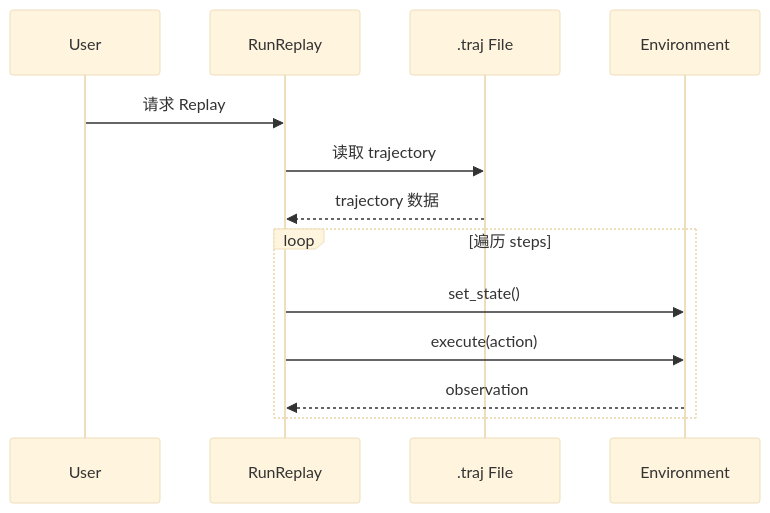
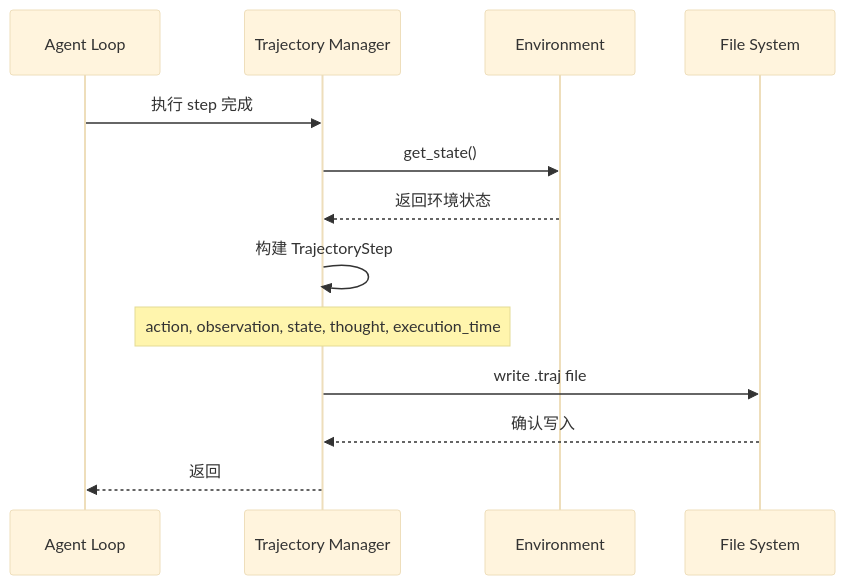
Before and after one commit to giraffe-tree/agent-base: the fourth of 7 diagrams in docs/swe-agent/questions/swe-agent-checkpoint-implementation.md, drawn with Mermaid (base theme). The commit also changed other lines of this file and 155 other files, not shown here.

````diff
--- a/docs/swe-agent/questions/swe-agent-checkpoint-implementation.md
+++ b/docs/swe-agent/questions/swe-agent-checkpoint-implementation.md
@@ -214,17 +226,16 @@
 ```mermaid
 sequenceDiagram
-    participant U as User
-    participant R as RunReplay
-    participant F as .traj File
-    participant E as Environment
+    participant A as Agent Loop
+    participant B as Trajectory Manager
+    participant C as Environment
+    participant D as File System
 
-    U->>R: 请求 Replay
-    R->>F: 读取 trajectory
-    F-->>R: trajectory 数据
-
-    loop 遍历 steps
-        R->>E: set_state()
-        R->>E: execute(action)
-        E-->>R: observation
-    end
+    A->>B: 执行 step 完成
+    B->>C: get_state()
+    C-->>B: 返回环境状态
+    B->>B: 构建 TrajectoryStep
+    Note over B: action, observation, state, thought, execution_time
+    B->>D: write .traj file
+    D-->>B: 确认写入
+    B-->>A: 返回
 ```
````
